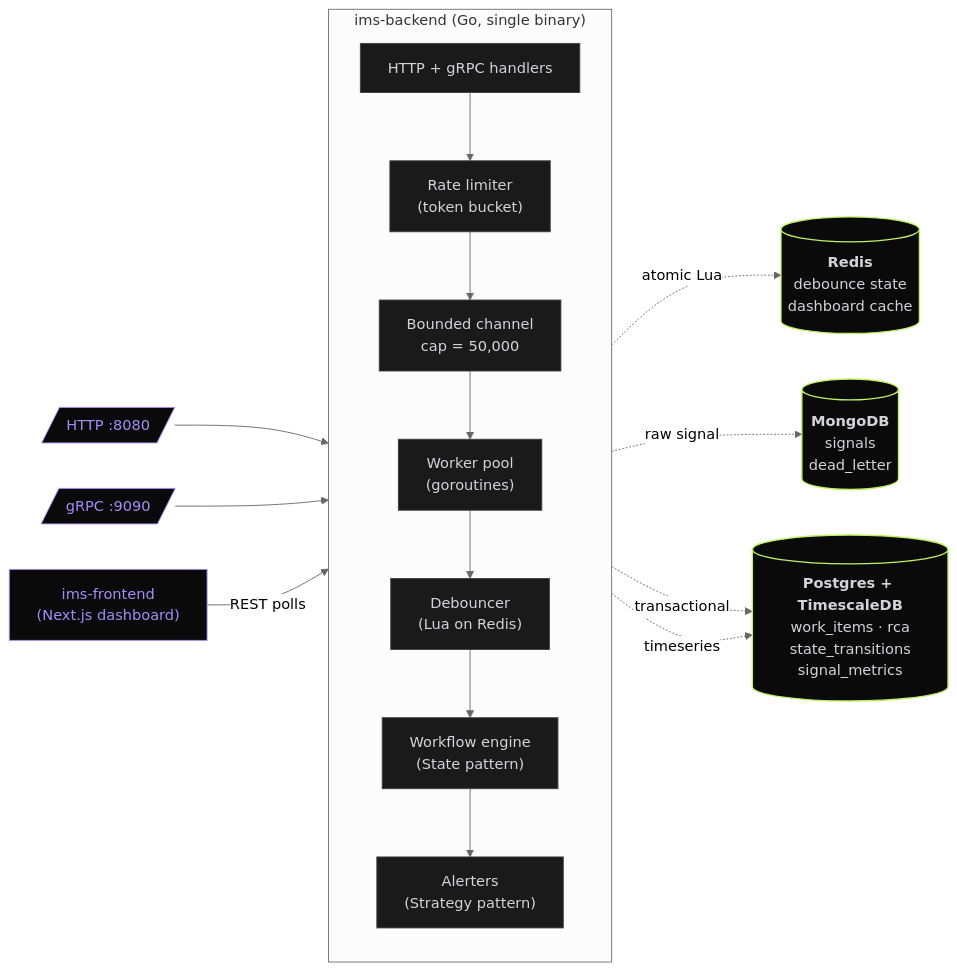
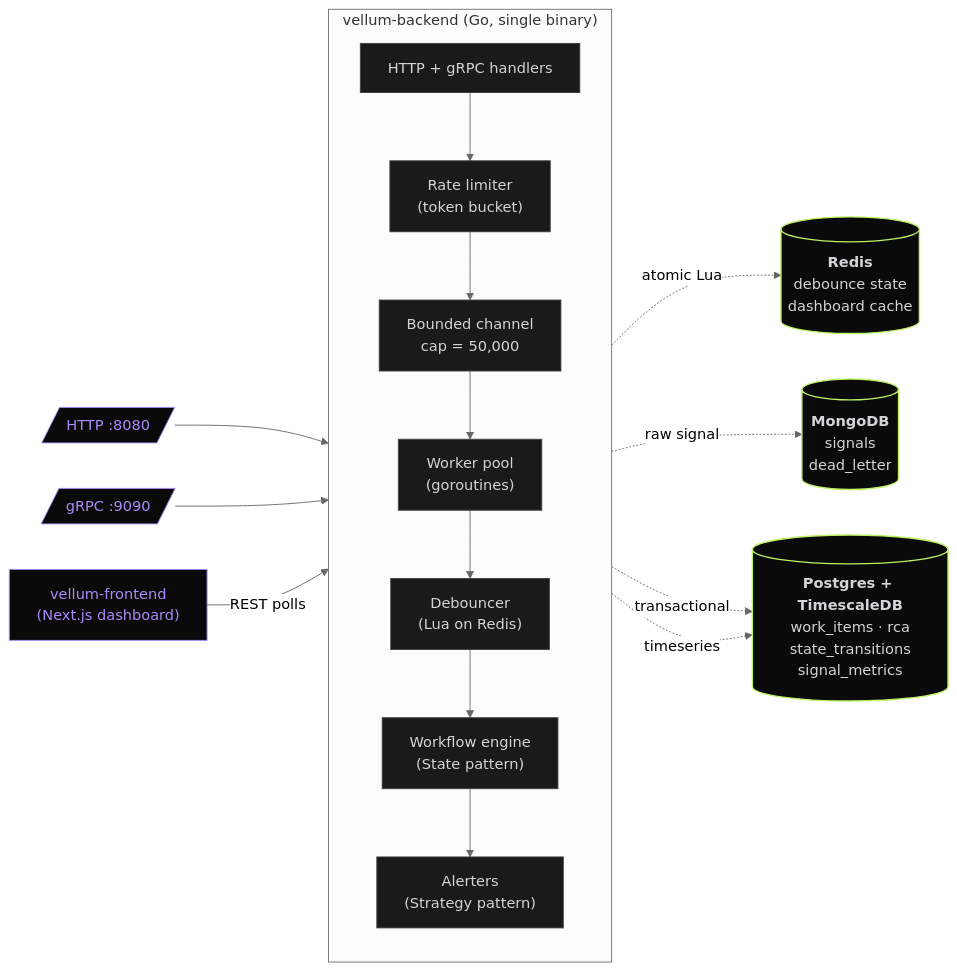
Before and after one commit to kubeboiii/vellum: the second of 2 diagrams in docs/01-architecture.md, drawn with Mermaid (neutral theme). The commit also changed other lines of this file and 133 other files, not shown here.

First line of the commit message:
Rename: IMS → Vellum + strip non-essential comments

````diff
--- a/docs/01-architecture.md
+++ b/docs/01-architecture.md
@@ -68,39 +68,39 @@
 ```mermaid
 flowchart LR
     http[/"HTTP :8080"/]
     grpc[/"gRPC :9090"/]
 
-    subgraph backend["ims-backend (Go, single binary)"]
+    subgraph backend["vellum-backend (Go, single binary)"]
         direction TB
         api["HTTP + gRPC handlers"]
         rl["Rate limiter<br/>(token bucket)"]
         chan["Bounded channel<br/>cap = 50,000"]
         pool["Worker pool<br/>(goroutines)"]
         deb["Debouncer<br/>(Lua on Redis)"]
         wf["Workflow engine<br/>(State pattern)"]
         alr["Alerters<br/>(Strategy pattern)"]
         api --> rl --> chan --> pool --> deb --> wf --> alr
     end
 
     redis[("<b>Redis</b><br/>debounce state<br/>dashboard cache")]
     pg[("<b>Postgres + TimescaleDB</b><br/>work_items · rca<br/>state_transitions<br/>signal_metrics")]
     mongo[("<b>MongoDB</b><br/>signals<br/>dead_letter")]
 
-    frontend["ims-frontend<br/>(Next.js dashboard)"]
+    frontend["vellum-frontend<br/>(Next.js dashboard)"]
 
     http --> api
     grpc --> api
     deb -. atomic Lua .-> redis
     pool -. raw signal .-> mongo
     wf -. transactional .-> pg
     alr -. timeseries .-> pg
 
     frontend -- REST polls --> api
 
     classDef store fill:#0a0a0a,stroke:#bef264,stroke-width:1.5px,color:#d4d4d8
     classDef proc fill:#1a1a1a,stroke:#3f3f46,color:#d4d4d8
     classDef edge fill:#0a0a0a,stroke:#a78bfa,color:#a78bfa
     class redis,pg,mongo store
     class api,rl,chan,pool,deb,wf,alr proc
     class http,grpc,frontend edge
 ```
````
